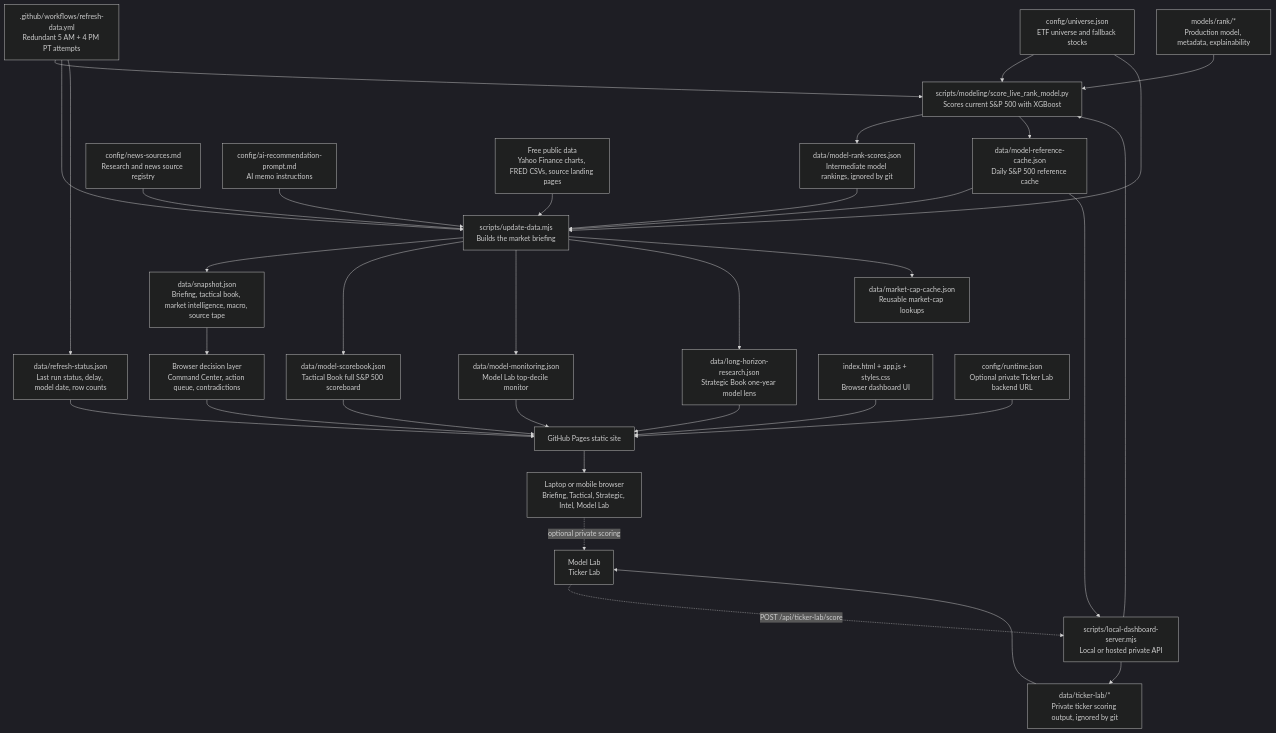
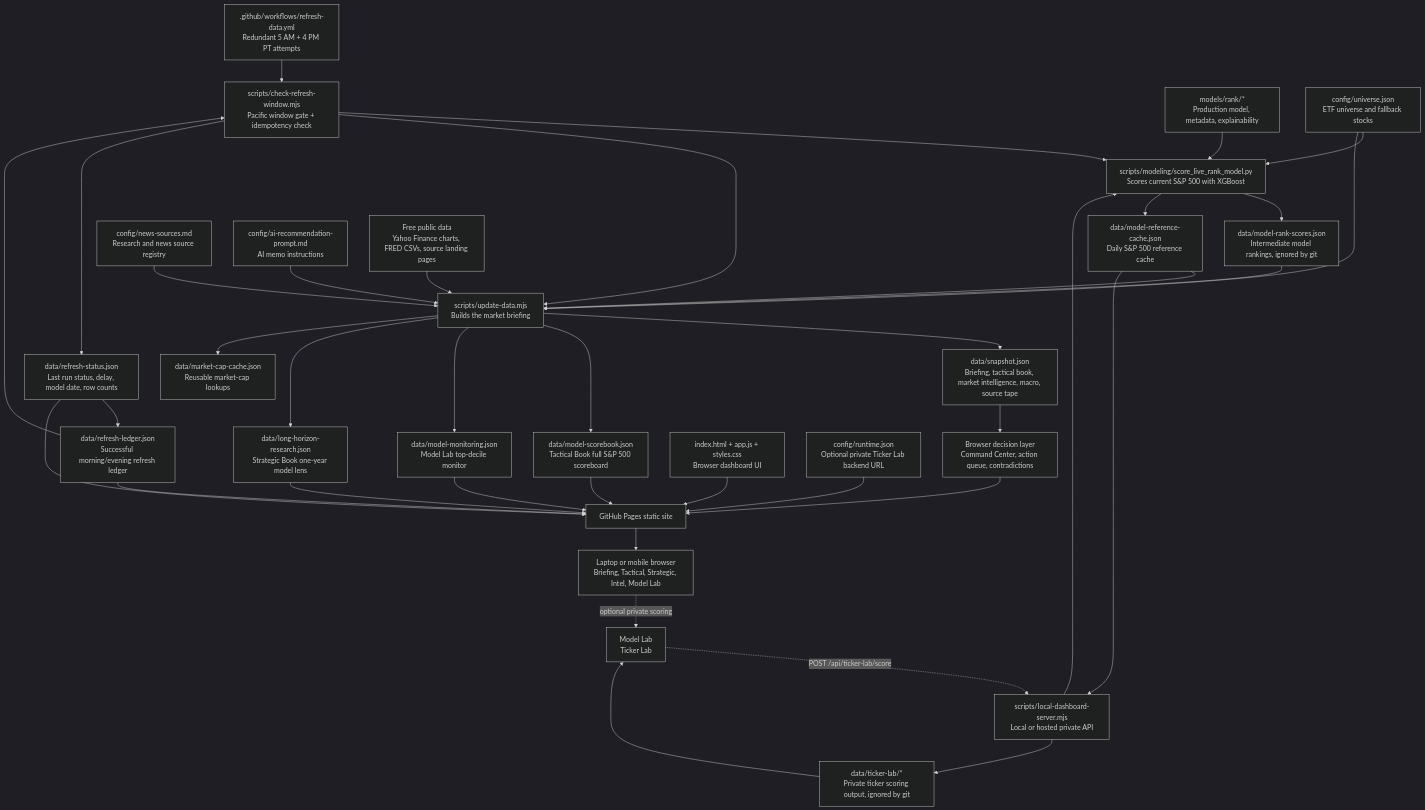
Before and after one commit to jhmona12/market-pulse: the diagram in README.md, drawn with Mermaid (dark theme). The commit also changed other lines of this file and 7 other files, not shown here.

````diff
--- a/README.md
+++ b/README.md
@@ -9,41 +9,45 @@
 ```mermaid
 flowchart TD
-  schedule[".github/workflows/refresh-data.yml<br/>Redundant 5 AM + 4 PM PT attempts"] --> scorer["scripts/modeling/score_live_rank_model.py<br/>Scores current S&P 500 with XGBoost"]
+  schedule[".github/workflows/refresh-data.yml<br/>Redundant 5 AM + 4 PM PT attempts"] --> gate["scripts/check-refresh-window.mjs<br/>Pacific window gate + idempotency check"]
+  ledger["data/refresh-ledger.json<br/>Successful morning/evening refresh ledger"] --> gate
+  gate --> scorer["scripts/modeling/score_live_rank_model.py<br/>Scores current S&P 500 with XGBoost"]
 
   modelFiles["models/rank/*<br/>Production model, metadata, explainability"] --> scorer
   universe["config/universe.json<br/>ETF universe and fallback stocks"] --> scorer
   scorer --> modelScores["data/model-rank-scores.json<br/>Intermediate model rankings, ignored by git"]
   scorer --> referenceCache["data/model-reference-cache.json<br/>Daily S&P 500 reference cache"]
 
-  schedule --> refresh["scripts/update-data.mjs<br/>Builds the market briefing"]
+  gate --> refresh["scripts/update-data.mjs<br/>Builds the market briefing"]
   newsSources["config/news-sources.md<br/>Research and news source registry"] --> refresh
   aiPrompt["config/ai-recommendation-prompt.md<br/>AI memo instructions"] --> refresh
   universe --> refresh
   modelScores --> refresh
   referenceCache --> refresh
   freeData["Free public data<br/>Yahoo Finance charts, FRED CSVs, source landing pages"] --> refresh
 
   refresh --> snapshot["data/snapshot.json<br/>Briefing, tactical book, market intelligence, macro, source tape"]
   refresh --> scorebook["data/model-scorebook.json<br/>Tactical Book full S&P 500 scoreboard"]
   refresh --> monitoring["data/model-monitoring.json<br/>Model Lab top-decile monitor"]
   refresh --> longResearch["data/long-horizon-research.json<br/>Strategic Book one-year model lens"]
   refresh --> marketCaps["data/market-cap-cache.json<br/>Reusable market-cap lookups"]
-  schedule --> refreshStatus["data/refresh-status.json<br/>Last run status, delay, model date, row counts"]
+  gate --> refreshStatus["data/refresh-status.json<br/>Last run status, delay, model date, row counts"]
+  refreshStatus --> ledger
 
   snapshot --> command["Browser decision layer<br/>Command Center, action queue, contradictions"]
   command --> pages["GitHub Pages static site"]
   scorebook --> pages
   monitoring --> pages
   longResearch --> pages
   refreshStatus --> pages
+  ledger --> pages
   appFiles["index.html + app.js + styles.css<br/>Browser dashboard UI"] --> pages
   runtime["config/runtime.json<br/>Optional private Ticker Lab backend URL"] --> pages
   pages --> browser["Laptop or mobile browser<br/>Briefing, Tactical, Strategic, Intel, Model Lab"]
 
   browser -. optional private scoring .-> tickerUi["Model Lab<br/>Ticker Lab"]
   tickerUi -. POST /api/ticker-lab/score .-> backend["scripts/local-dashboard-server.mjs<br/>Local or hosted private API"]
   backend --> scorer
   referenceCache --> backend
   backend --> tickerOutput["data/ticker-lab/*<br/>Private ticker scoring output, ignored by git"]
   tickerOutput --> tickerUi
 ```
````
